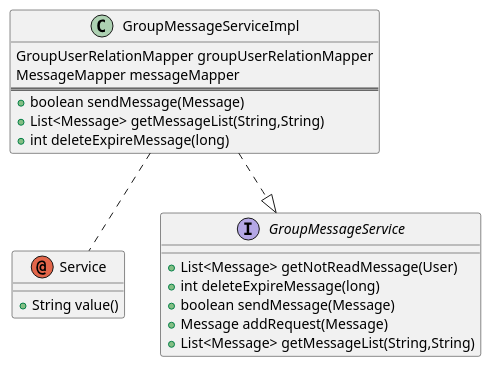
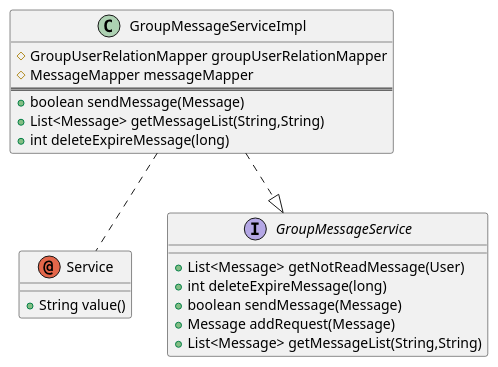
Before and after one commit to Guo-Chenxu/chatroom: the diagram in uml/ServerGroupMessageServiceImpl.puml, drawn with PlantUML. The commit also changed 16 other files, not shown here.

Commit message:
fix: 完善部分类图 & 增加用户头像

```diff
--- a/uml/ServerGroupMessageServiceImpl.puml
+++ b/uml/ServerGroupMessageServiceImpl.puml
@@ -1,27 +1,27 @@
 @startuml
 'https://plantuml.com/class-diagram
 
 annotation Service{
 	+String value()
 }
 
 interface GroupMessageService{
 +List<Message> getNotReadMessage(User)
 +int deleteExpireMessage(long)
 +boolean sendMessage(Message)
 +Message addRequest(Message)
 +List<Message> getMessageList(String,String)
 }
 
 class GroupMessageServiceImpl {
-GroupUserRelationMapper groupUserRelationMapper
-MessageMapper messageMapper
+#GroupUserRelationMapper groupUserRelationMapper
+#MessageMapper messageMapper
 ==
 +boolean sendMessage(Message)
 +List<Message> getMessageList(String,String)
 +int deleteExpireMessage(long)
 }
 
 GroupMessageServiceImpl ..|> GroupMessageService
 GroupMessageServiceImpl .. Service
 @enduml
```
